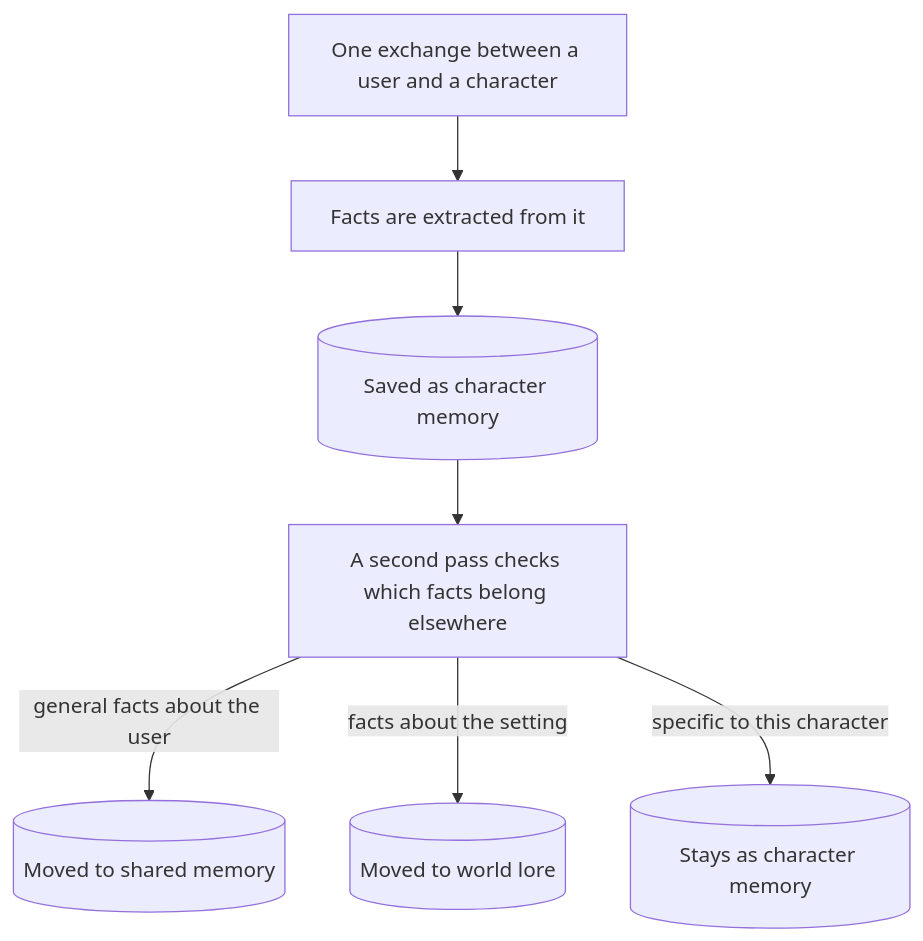
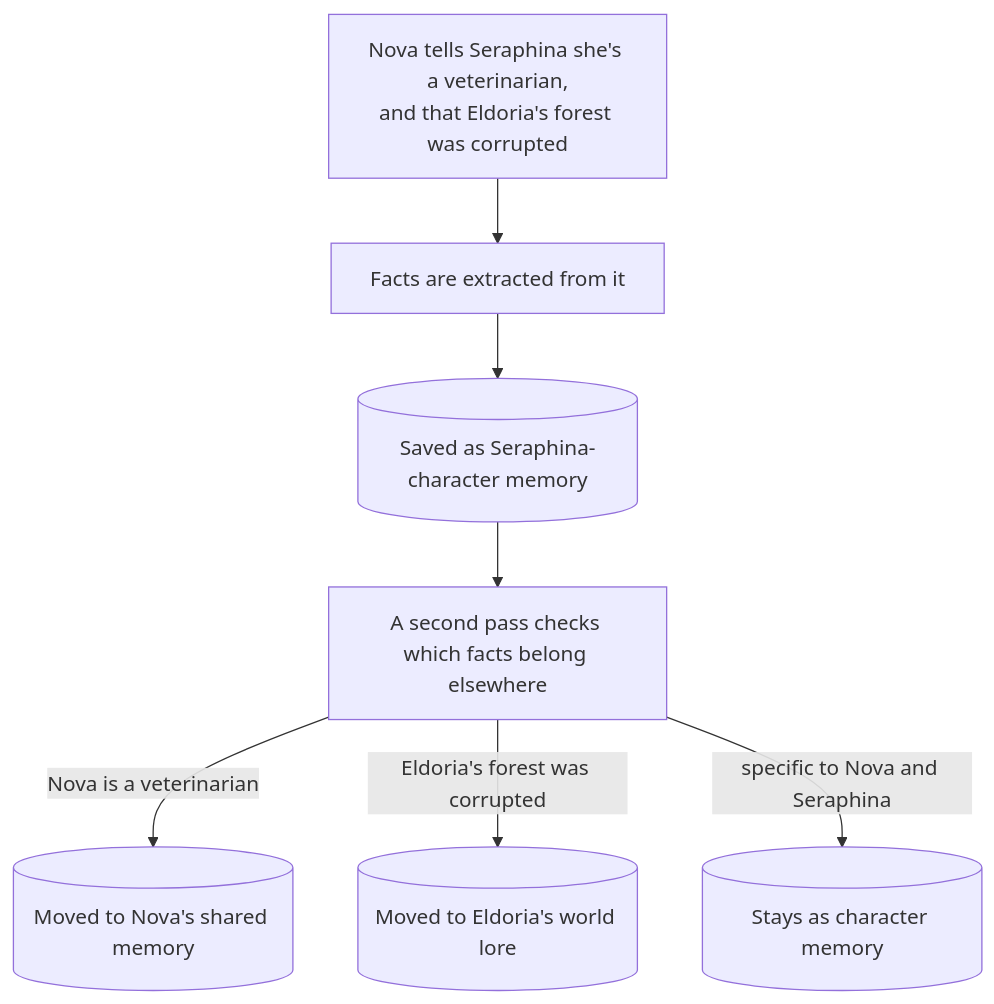
The second of 3 diagrams in docs/wiki/Memory-System.md (chuyaowang/local-sillytavern-with-memory), drawn with Mermaid before and after one commit. The commit also changed other lines of this file, not shown here.

First line of the commit message:
docs: use a concrete cast throughout Memory-System.md, reorder by concept-first

````diff
--- a/docs/wiki/Memory-System.md
+++ b/docs/wiki/Memory-System.md
@@ -44,9 +74,9 @@
 ```mermaid
 flowchart TD
-    msg["One exchange between a user and a character"] --> extract["Facts are extracted from it"]
-    extract --> charmem[("Saved as character memory")]
+    msg["Nova tells Seraphina she's a veterinarian,<br/>and that Eldoria's forest was corrupted"] --> extract["Facts are extracted from it"]
+    extract --> charmem[("Saved as Seraphina-character memory")]
     charmem --> classify["A second pass checks which facts belong elsewhere"]
-    classify -->|"general facts about the user"| sharedmem[("Moved to shared memory")]
-    classify -->|"facts about the setting"| worldmem[("Moved to world lore")]
-    classify -->|"specific to this character"| stays[("Stays as character memory")]
+    classify -->|"Nova is a veterinarian"| sharedmem[("Moved to Nova's shared memory")]
+    classify -->|"Eldoria's forest was corrupted"| worldmem[("Moved to Eldoria's world lore")]
+    classify -->|"specific to Nova and Seraphina"| stays[("Stays as character memory")]
 ```
````
